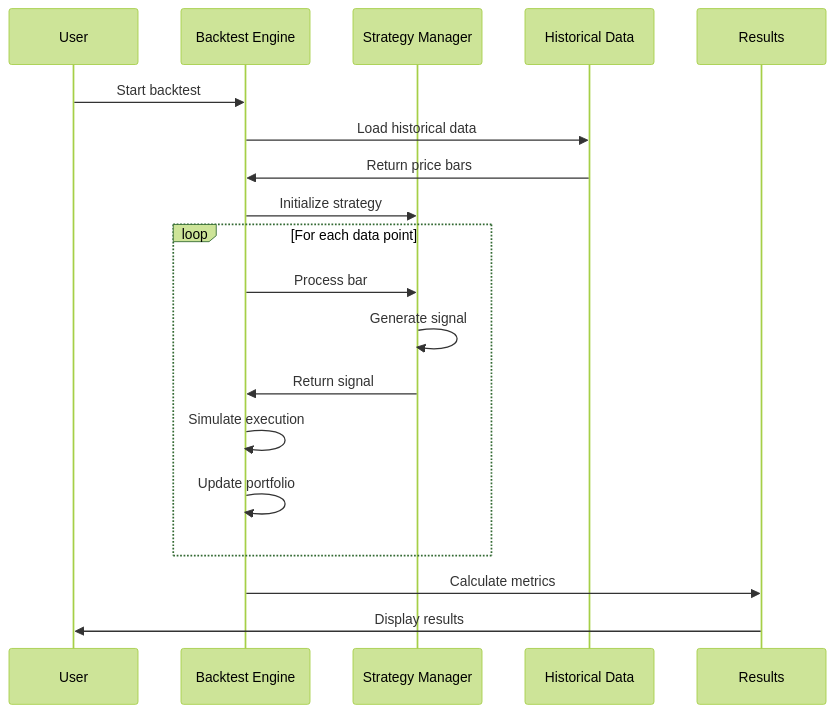
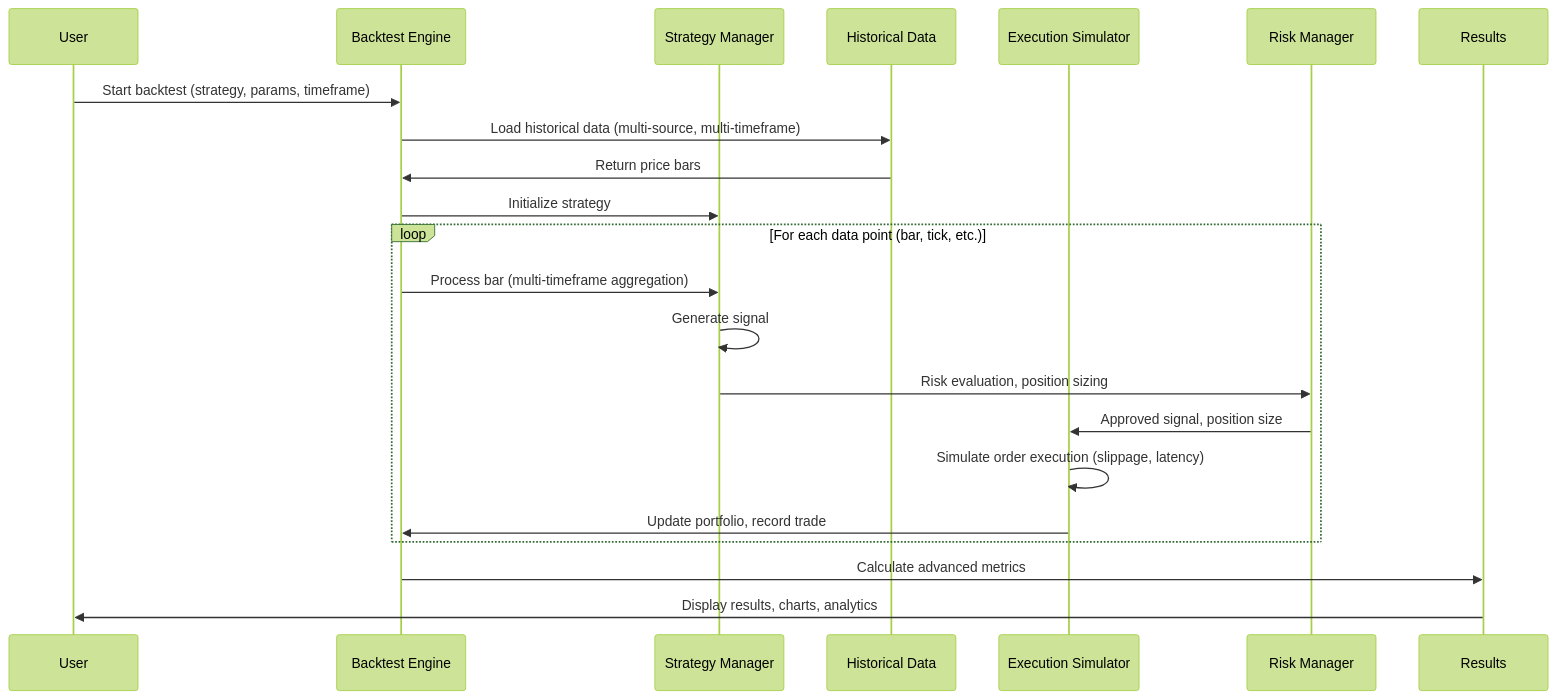
One commit to pavelkushtia/TradingBot changed the ninth of 26 diagrams in ARCHITECTURE.md. Above: the diagram before and after it, drawn with Mermaid (forest theme). The commit also changed other lines of this file and 51 other files, not shown here.

````diff
--- a/ARCHITECTURE.md
+++ b/ARCHITECTURE.md
@@ -414,24 +547,25 @@
 ```mermaid
 sequenceDiagram
     participant User as User
     participant BE as Backtest Engine
     participant SM as Strategy Manager
     participant Data as Historical Data
+    participant EM as Execution Simulator
+    participant Risk as Risk Manager
     participant Results as Results
-    
-    User->>BE: Start backtest
-    BE->>Data: Load historical data
+
+    User->>BE: Start backtest (strategy, params, timeframe)
+    BE->>Data: Load historical data (multi-source, multi-timeframe)
     Data->>BE: Return price bars
     BE->>SM: Initialize strategy
-    
-    loop For each data point
-        BE->>SM: Process bar
+    loop For each data point (bar, tick, etc.)
+        BE->>SM: Process bar (multi-timeframe aggregation)
         SM->>SM: Generate signal
-        SM->>BE: Return signal
-        BE->>BE: Simulate execution
-        BE->>BE: Update portfolio
+        SM->>Risk: Risk evaluation, position sizing
+        Risk->>EM: Approved signal, position size
+        EM->>EM: Simulate order execution (slippage, latency)
+        EM->>BE: Update portfolio, record trade
     end
-    
-    BE->>Results: Calculate metrics
-    Results->>User: Display results
+    BE->>Results: Calculate advanced metrics
+    Results->>User: Display results, charts, analytics
 ```
````
